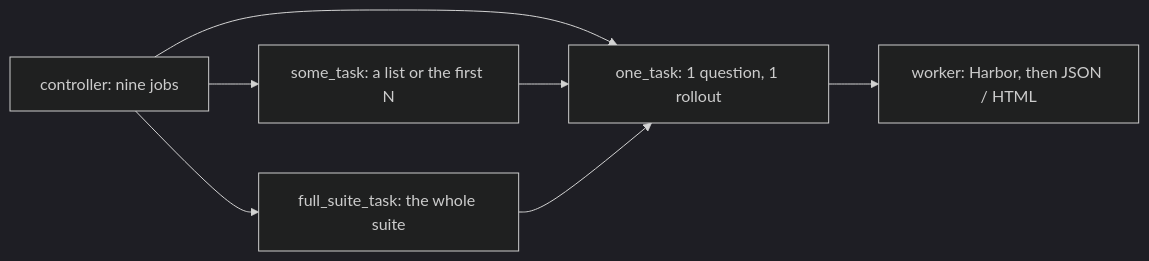
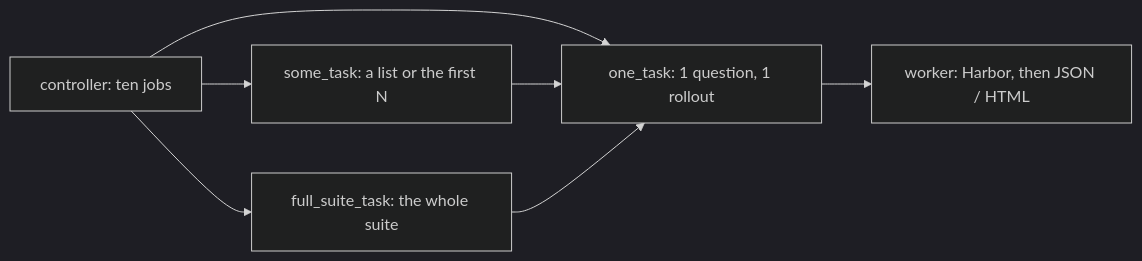
The diagram in docs/user-guide.md (MichaelLing83/mac-k3d), drawn with Mermaid (dark theme) before and after one commit. The commit also changed other lines of this file and 82 other files, not shown here.

````diff
--- a/docs/user-guide.md
+++ b/docs/user-guide.md
@@ -20,9 +20,9 @@
 ```mermaid
 flowchart LR
-  controller["controller: nine jobs"] --> one["one_task: 1 question, 1 rollout"]
+  controller["controller: ten jobs"] --> one["one_task: 1 question, 1 rollout"]
   controller --> some["some_task: a list or the first N"]
   controller --> full["full_suite_task: the whole suite"]
   some --> one
   full --> one
   one --> worker["worker: Harbor, then JSON / HTML"]
 ```
````
